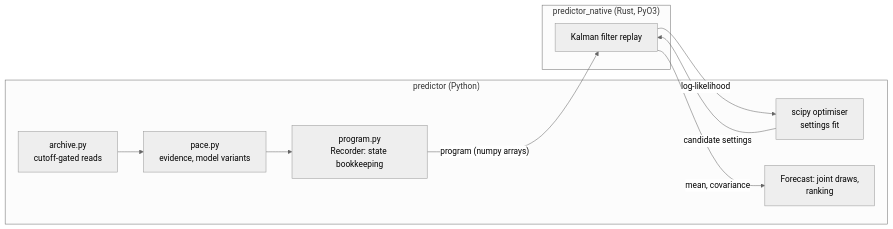
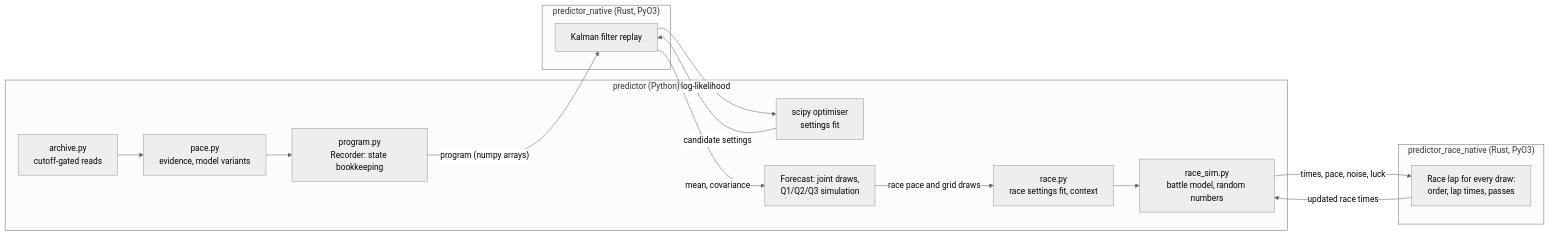
The fifth of 7 diagrams in design/prediction-engine.md (adityapandeydev/F1Stratagem), drawn with Mermaid (neutral theme) before and after one commit. The commit also changed other lines of this file and 4 other files, not shown here.

First line of the commit message:
docs: race model stages, wet qualifying results, Rust policy and modules

````diff
--- a/design/prediction-engine.md
+++ b/design/prediction-engine.md
@@ -332,18 +385,27 @@
 ```mermaid
 flowchart LR
     subgraph py["predictor (Python)"]
         arch["archive.py<br/>cutoff-gated reads"]
         pace["pace.py<br/>evidence, model variants"]
         rec["program.py<br/>Recorder: state bookkeeping"]
         opt["scipy optimiser<br/>settings fit"]
-        fc["Forecast: joint draws,<br/>ranking"]
+        fc["Forecast: joint draws,<br/>Q1/Q2/Q3 simulation"]
+        race["race.py<br/>race settings fit, context"]
+        sim["race_sim.py<br/>battle model, random numbers"]
     end
     subgraph rs["predictor_native (Rust, PyO3)"]
         kf["Kalman filter replay"]
+    end
+    subgraph rrs["predictor_race_native (Rust, PyO3)"]
+        lap["Race lap for every draw:<br/>order, lap times, passes"]
     end
     arch --> pace --> rec
     rec -->|"program (numpy arrays)"| kf
     opt -->|"candidate settings"| kf
     kf -->|"log-likelihood"| opt
     kf -->|"mean, covariance"| fc
+    fc -->|"race pace and grid draws"| race
+    race --> sim
+    sim -->|"times, pace, noise, luck"| lap
+    lap -->|"updated race times"| sim
 ```
````
